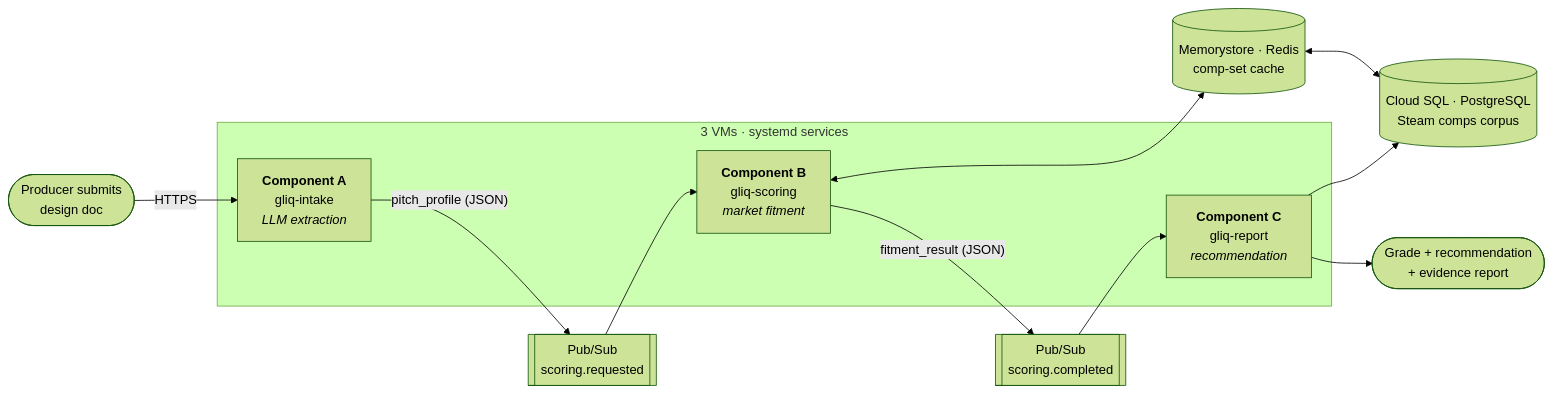
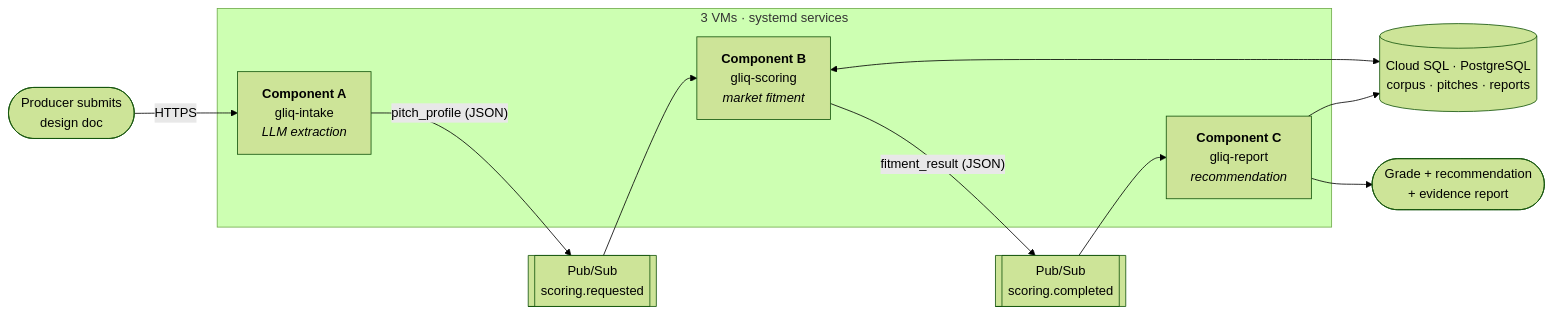
Before and after one commit to fredteumer/gliq: the diagram in README.md, drawn with Mermaid (forest theme). The commit also changed other lines of this file and 5 other files, not shown here.

````diff
--- a/README.md
+++ b/README.md
@@ -29,23 +29,21 @@
 ```mermaid
 flowchart LR
     U([Producer submits<br/>design doc]) -->|HTTPS| A
 
     subgraph VMs["3 VMs · systemd services"]
         A["<b>Component A</b><br/>gliq-intake<br/><i>LLM extraction</i>"]
         B["<b>Component B</b><br/>gliq-scoring<br/><i>market fitment</i>"]
         C["<b>Component C</b><br/>gliq-report<br/><i>recommendation</i>"]
     end
 
     A -->|"pitch_profile (JSON)"| Q[["Pub/Sub<br/>scoring.requested"]]
     Q --> B
     B -->|"fitment_result (JSON)"| M[["Pub/Sub<br/>scoring.completed"]]
     M --> C
 
-    DB[("Cloud SQL · PostgreSQL<br/>Steam comps corpus")]
-    RD[("Memorystore · Redis<br/>comp-set cache")]
+    DB[("Cloud SQL · PostgreSQL<br/>corpus · pitches · reports")]
 
-    B <--> RD
-    RD <--> DB
+    B <--> DB
     C --> DB
     C --> R([Grade + recommendation<br/>+ evidence report])
 ```
````
